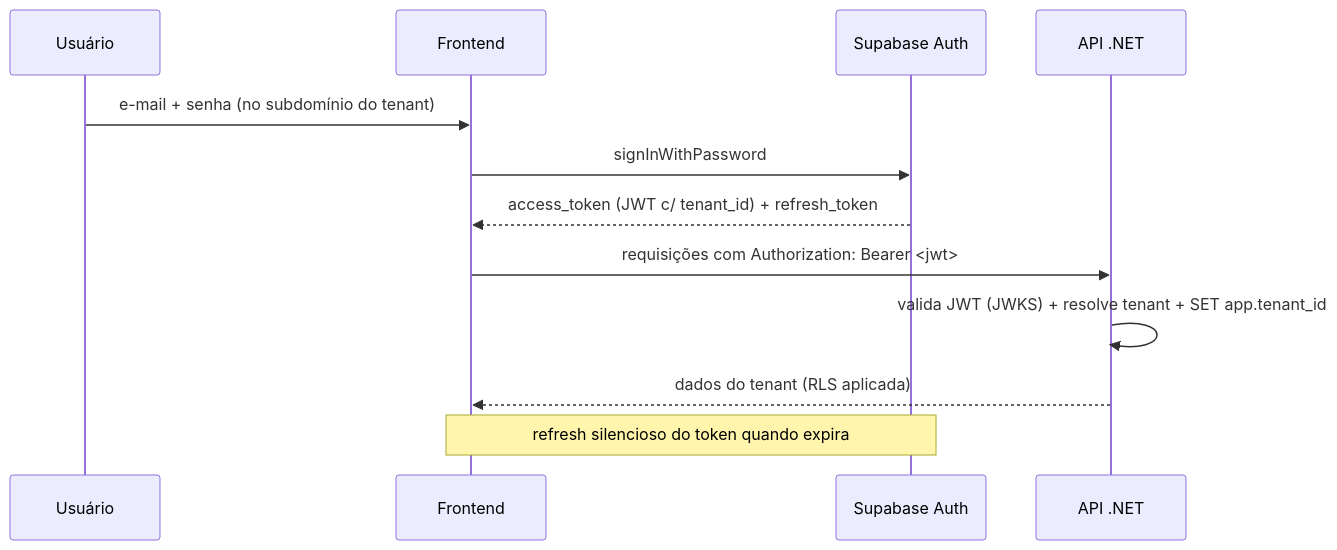
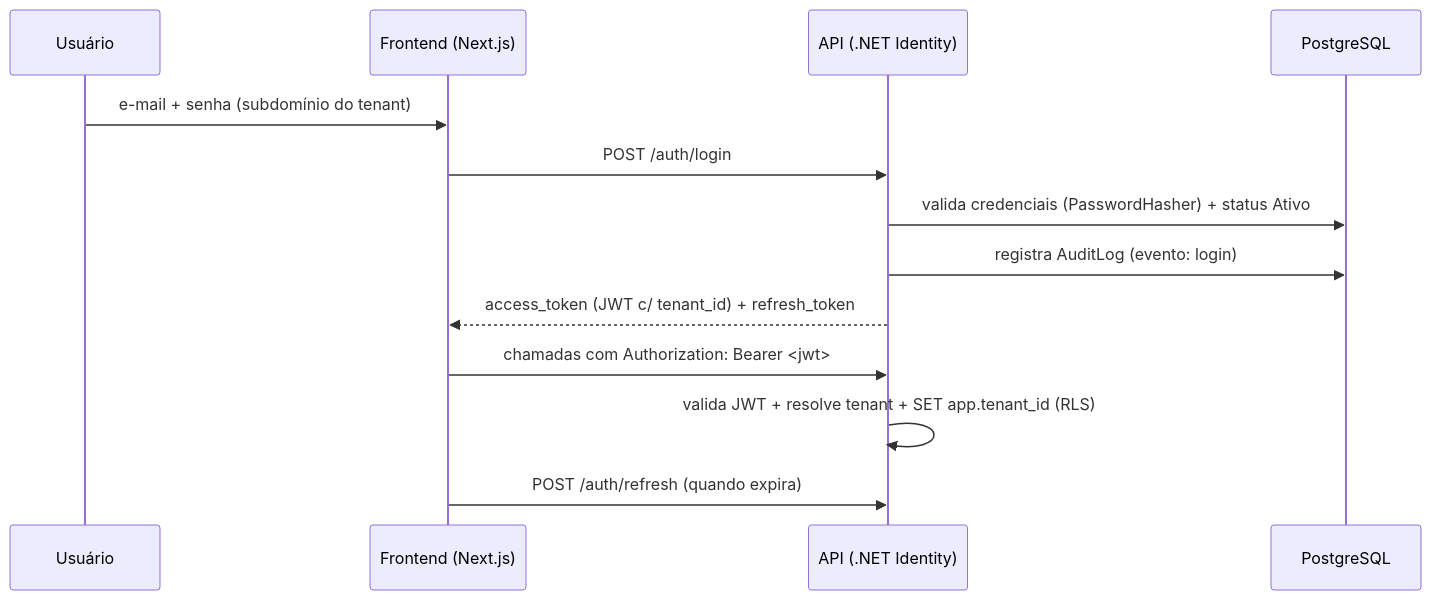
Before and after one commit to tthimoteo/app-aluguel: the diagram in Docs/Arquitetura/08-Estrategia-Autenticacao.md, drawn with Mermaid. The commit also changed other lines of this file and 12 other files, not shown here.

````diff
--- a/Docs/Arquitetura/08-Estrategia-Autenticacao.md
+++ b/Docs/Arquitetura/08-Estrategia-Autenticacao.md
@@ -100,15 +94,16 @@
 ```mermaid
 sequenceDiagram
     participant U as Usuário
-    participant FE as Frontend
-    participant SA as Supabase Auth
-    participant API as API .NET
+    participant FE as Frontend (Next.js)
+    participant API as API (.NET Identity)
+    participant DB as PostgreSQL
 
-    U->>FE: e-mail + senha (no subdomínio do tenant)
-    FE->>SA: signInWithPassword
-    SA-->>FE: access_token (JWT c/ tenant_id) + refresh_token
-    FE->>API: requisições com Authorization: Bearer <jwt>
-    API->>API: valida JWT (JWKS) + resolve tenant + SET app.tenant_id
-    API-->>FE: dados do tenant (RLS aplicada)
-    Note over FE,SA: refresh silencioso do token quando expira
+    U->>FE: e-mail + senha (subdomínio do tenant)
+    FE->>API: POST /auth/login
+    API->>DB: valida credenciais (PasswordHasher) + status Ativo
+    API->>DB: registra AuditLog (evento: login)
+    API-->>FE: access_token (JWT c/ tenant_id) + refresh_token
+    FE->>API: chamadas com Authorization: Bearer <jwt>
+    API->>API: valida JWT + resolve tenant + SET app.tenant_id (RLS)
+    FE->>API: POST /auth/refresh (quando expira)
 ```
````
